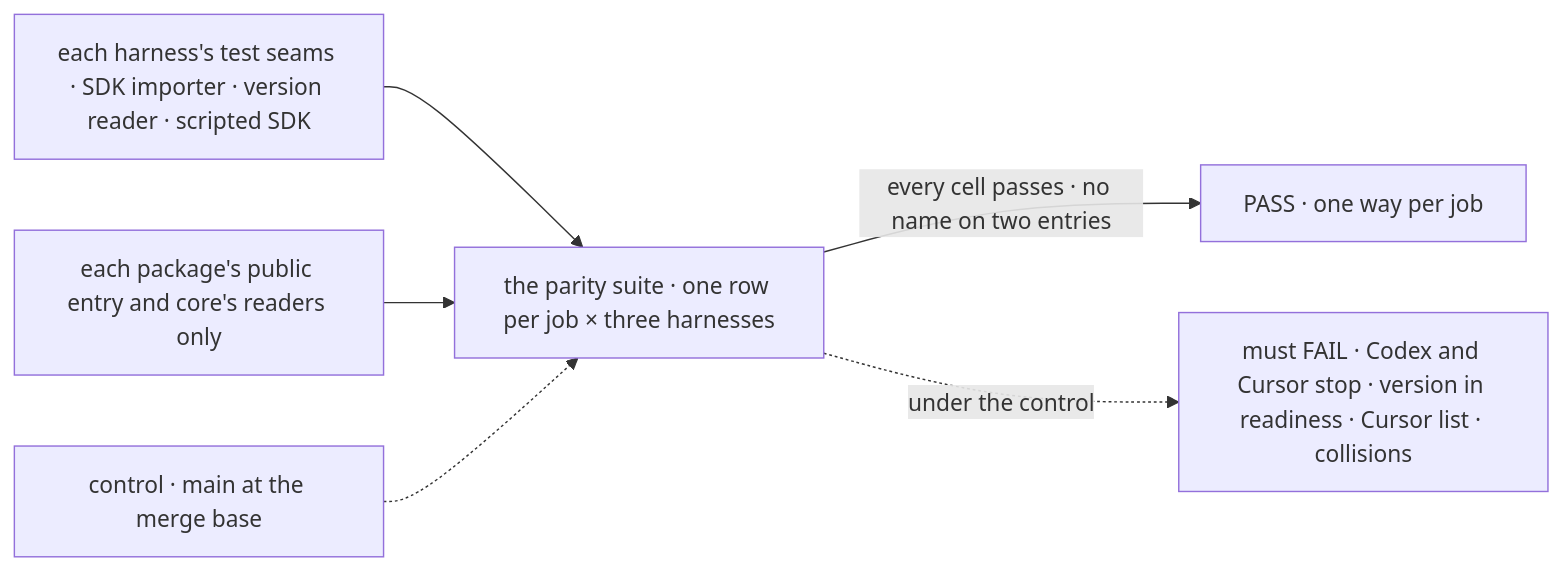
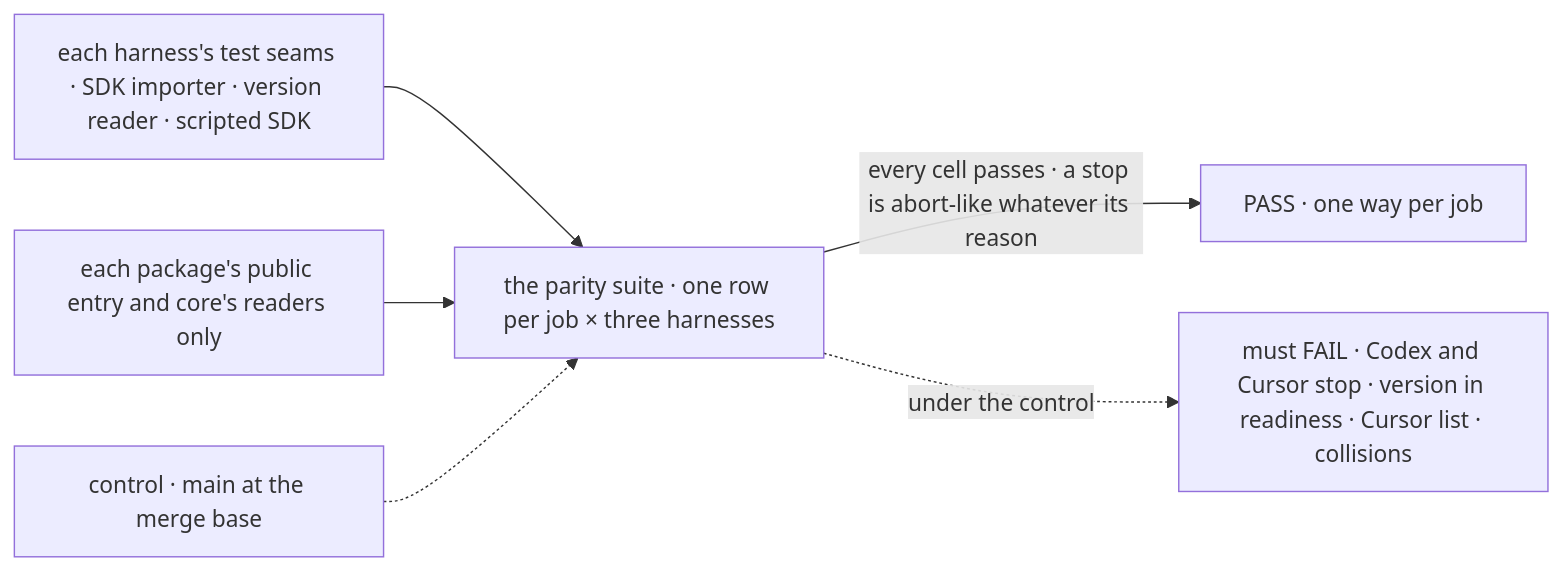
Before and after one commit to fixpoint-labs/flow-state-dev: the diagram in specs/issues/FIX-2458/SPEC.md, drawn with Mermaid. The commit also changed other lines of this file and 3 other files, not shown here.

````diff
--- a/specs/issues/FIX-2458/SPEC.md
+++ b/specs/issues/FIX-2458/SPEC.md
@@ -32,8 +32,8 @@
 ```mermaid
 flowchart LR
   S["each harness's test seams · SDK importer · version reader · scripted SDK"] --> P["the parity suite · one row per job × three harnesses"]
   E["each package's public entry and core's readers only"] --> P
-  P -->|"every cell passes · no name on two entries"| OK["PASS · one way per job"]
+  P -->|"every cell passes · a stop is abort-like whatever its reason"| OK["PASS · one way per job"]
   C["control · main at the merge base"] -.-> P
   P -.->|"under the control"| F["must FAIL · Codex and Cursor stop · version in readiness · Cursor list · collisions"]
 ```
````
